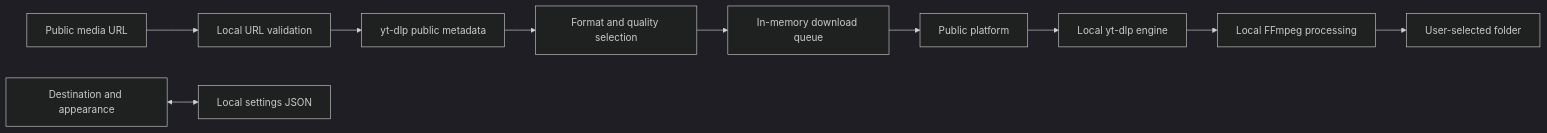
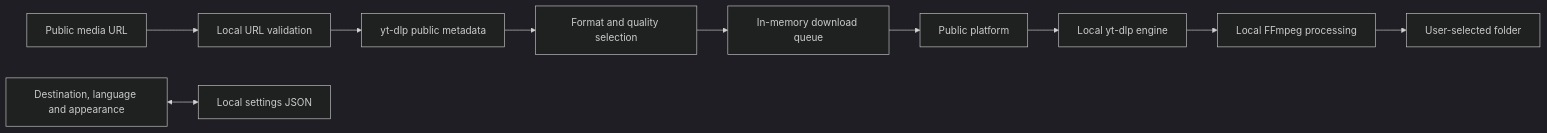
The diagram in README.md (Sorairei/BeeTales-Video-Downloader), drawn with Mermaid (dark theme) before and after one commit. The commit also changed other lines of this file and 11 other files, not shown here.

````diff
--- a/README.md
+++ b/README.md
@@ -126,12 +128,12 @@
 ```mermaid
 flowchart LR
     URL[Public media URL] --> VALIDATE[Local URL validation]
     VALIDATE --> ANALYZE[yt-dlp public metadata]
     ANALYZE --> OPTIONS[Format and quality selection]
     OPTIONS --> QUEUE[In-memory download queue]
     QUEUE --> PLATFORM[Public platform]
     PLATFORM --> YTDLP[Local yt-dlp engine]
     YTDLP --> FFMPEG[Local FFmpeg processing]
     FFMPEG --> FILE[User-selected folder]
-    SETTINGS[Destination and appearance] <--> STORAGE[Local settings JSON]
+    SETTINGS[Destination, language and appearance] <--> STORAGE[Local settings JSON]
 ```
````
